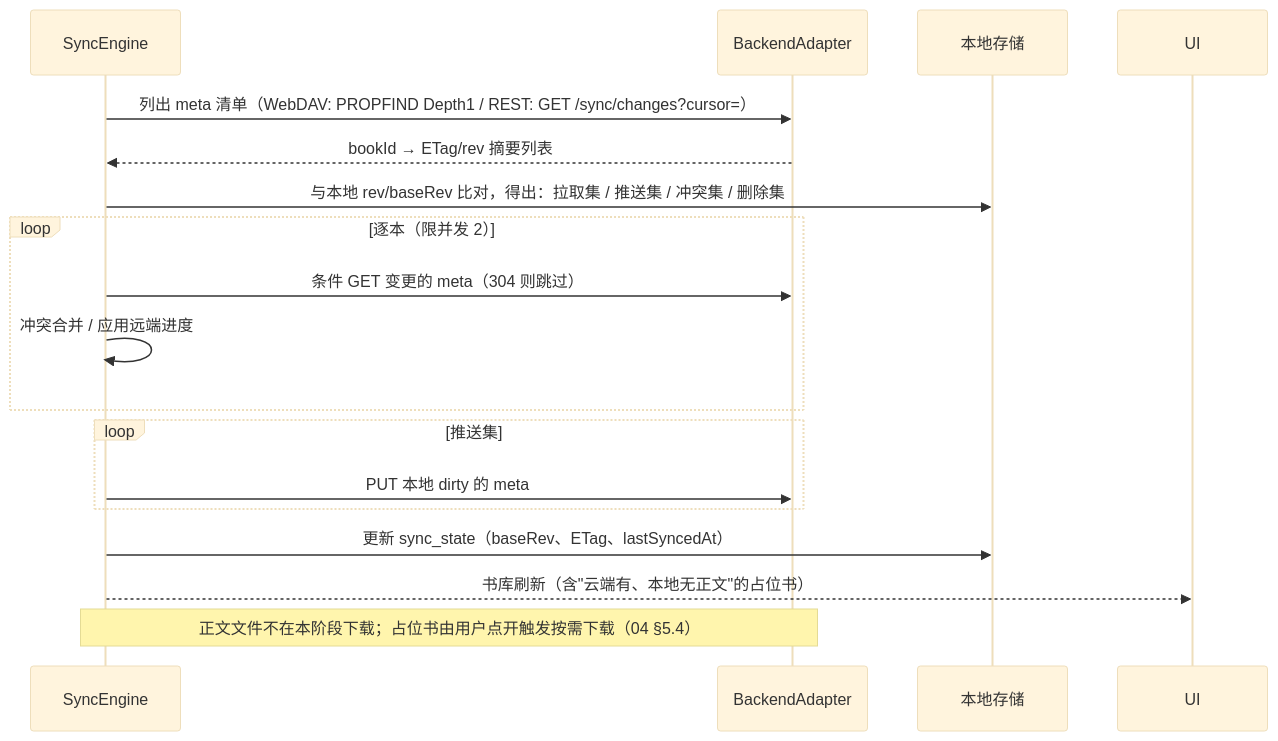
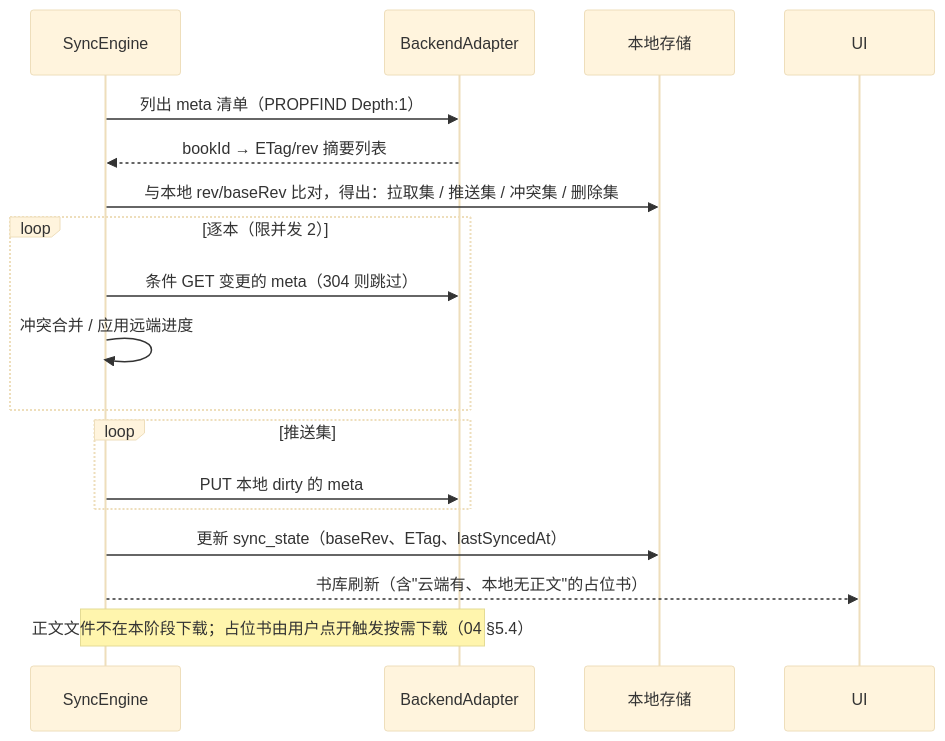
One commit to No-name0719/sync-reader changed the third of 4 diagrams in docs/03-系统架构设计.md. Above: the diagram before and after it, drawn with Mermaid (base theme). The commit also changed other lines of this file and 30 other files, not shown here.

````diff
--- a/docs/03-系统架构设计.md
+++ b/docs/03-系统架构设计.md
@@ -107,20 +105,20 @@
 ```mermaid
 sequenceDiagram
     participant E as SyncEngine
     participant B as BackendAdapter
     participant L as 本地存储
 
-    E->>B: 列出 meta 清单（WebDAV: PROPFIND Depth1 / REST: GET /sync/changes?cursor=）
+    E->>B: 列出 meta 清单（PROPFIND Depth:1）
     B-->>E: bookId → ETag/rev 摘要列表
     E->>L: 与本地 rev/baseRev 比对，得出：拉取集 / 推送集 / 冲突集 / 删除集
     loop 逐本（限并发 2）
         E->>B: 条件 GET 变更的 meta（304 则跳过）
         E->>E: 冲突合并 / 应用远端进度
     end
     loop 推送集
         E->>B: PUT 本地 dirty 的 meta
     end
     E->>L: 更新 sync_state（baseRev、ETag、lastSyncedAt）
     E-->>UI: 书库刷新（含"云端有、本地无正文"的占位书）
     Note over E,B: 正文文件不在本阶段下载；占位书由用户点开触发按需下载（04 §5.4）
 ```
````
